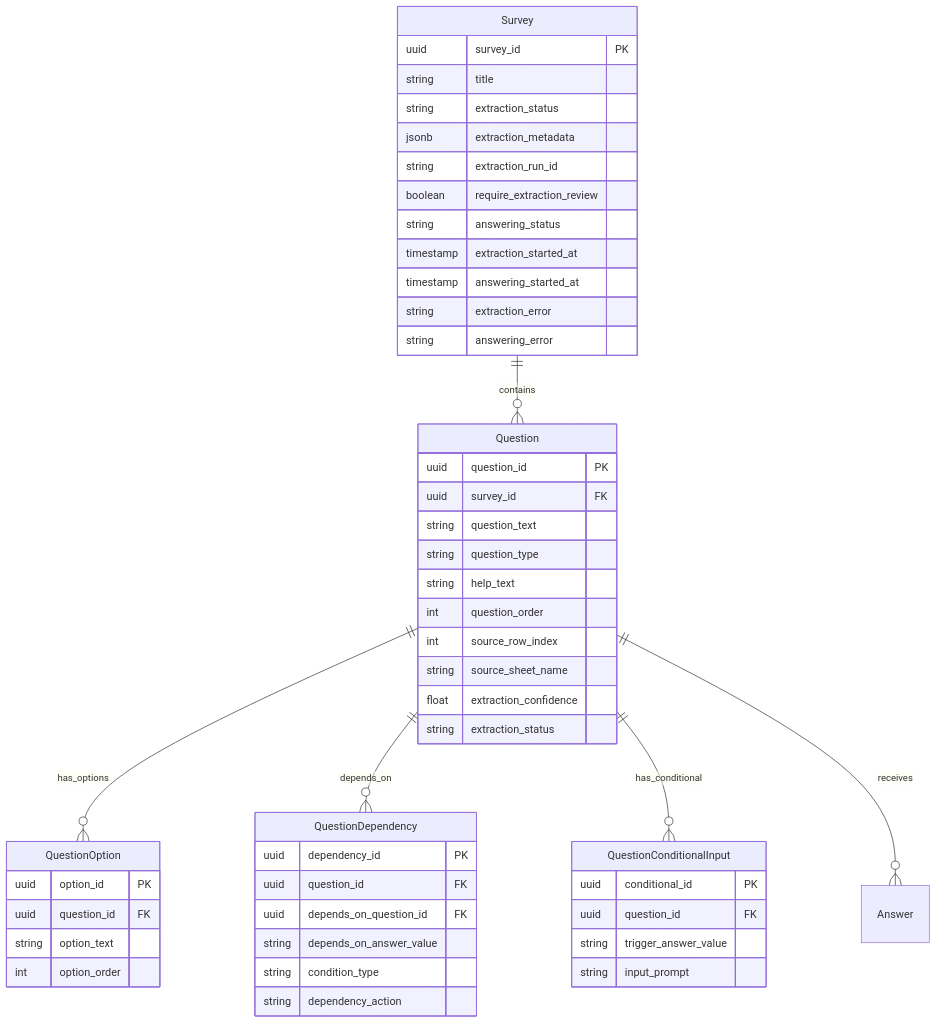
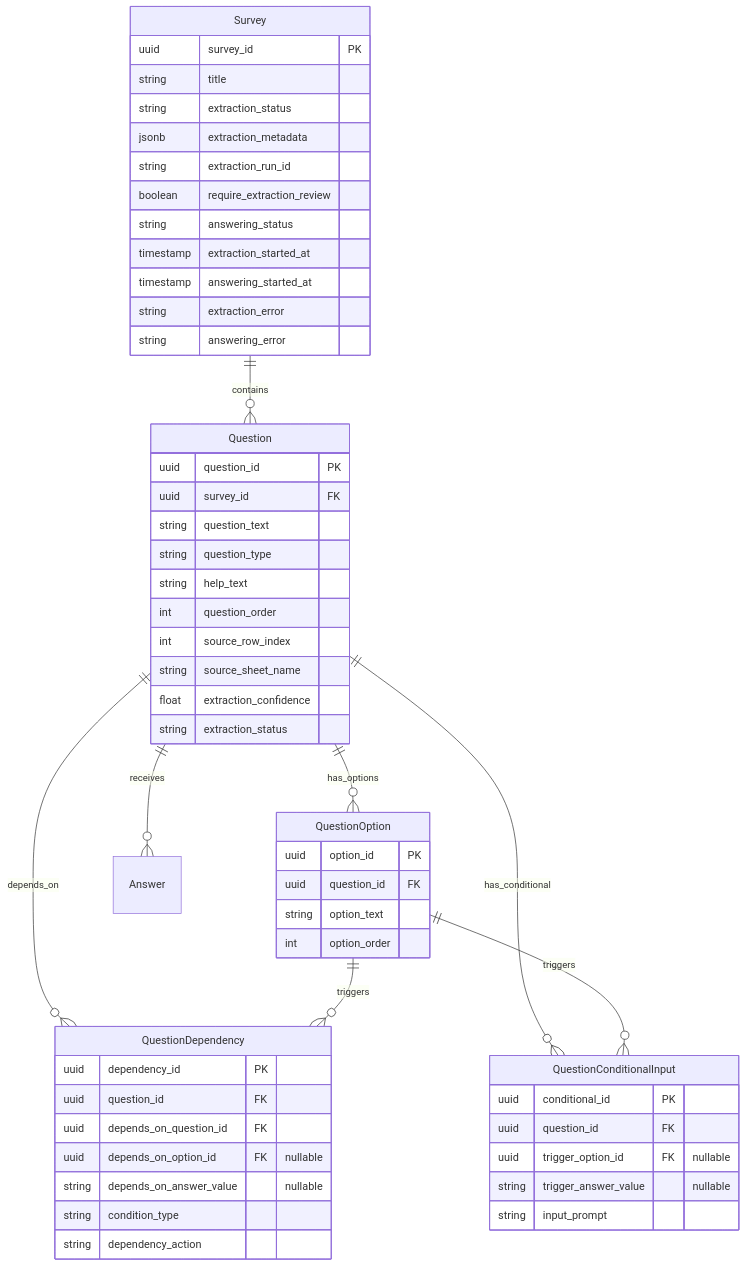
The second of 4 diagrams in LLM_EXTRACTION_IMPLEMENTATION_PLAN.md (dil-pkoppany/advanced-question-extraction-poc), drawn with Mermaid before and after one commit. The commit also changed other lines of this file and 3 other files, not shown here.

````diff
--- a/LLM_EXTRACTION_IMPLEMENTATION_PLAN.md
+++ b/LLM_EXTRACTION_IMPLEMENTATION_PLAN.md
@@ -67,58 +67,62 @@
 ```mermaid
 erDiagram
     Survey ||--o{ Question : contains
     Question ||--o{ QuestionOption : has_options
     Question ||--o{ QuestionDependency : depends_on
     Question ||--o{ QuestionConditionalInput : has_conditional
     Question ||--o{ Answer : receives
+    QuestionOption ||--o{ QuestionDependency : triggers
+    QuestionOption ||--o{ QuestionConditionalInput : triggers
     
     Survey {
         uuid survey_id PK
         string title
         string extraction_status
         jsonb extraction_metadata
         string extraction_run_id
         boolean require_extraction_review
         string answering_status
         timestamp extraction_started_at
         timestamp answering_started_at
         string extraction_error
         string answering_error
     }
     
     Question {
         uuid question_id PK
         uuid survey_id FK
         string question_text
         string question_type
         string help_text
         int question_order
         int source_row_index
         string source_sheet_name
         float extraction_confidence
         string extraction_status
     }
     
     QuestionOption {
         uuid option_id PK
         uuid question_id FK
         string option_text
         int option_order
     }
     
     QuestionDependency {
         uuid dependency_id PK
         uuid question_id FK
         uuid depends_on_question_id FK
-        string depends_on_answer_value
+        uuid depends_on_option_id FK "nullable"
+        string depends_on_answer_value "nullable"
         string condition_type
         string dependency_action
     }
     
     QuestionConditionalInput {
         uuid conditional_id PK
         uuid question_id FK
-        string trigger_answer_value
+        uuid trigger_option_id FK "nullable"
+        string trigger_answer_value "nullable"
         string input_prompt
     }
 ```
````
